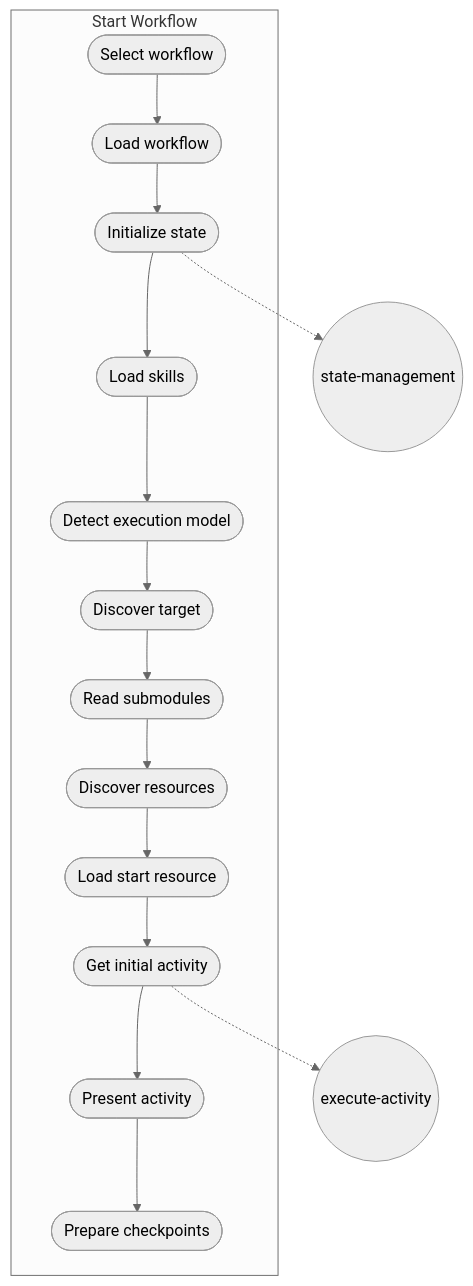
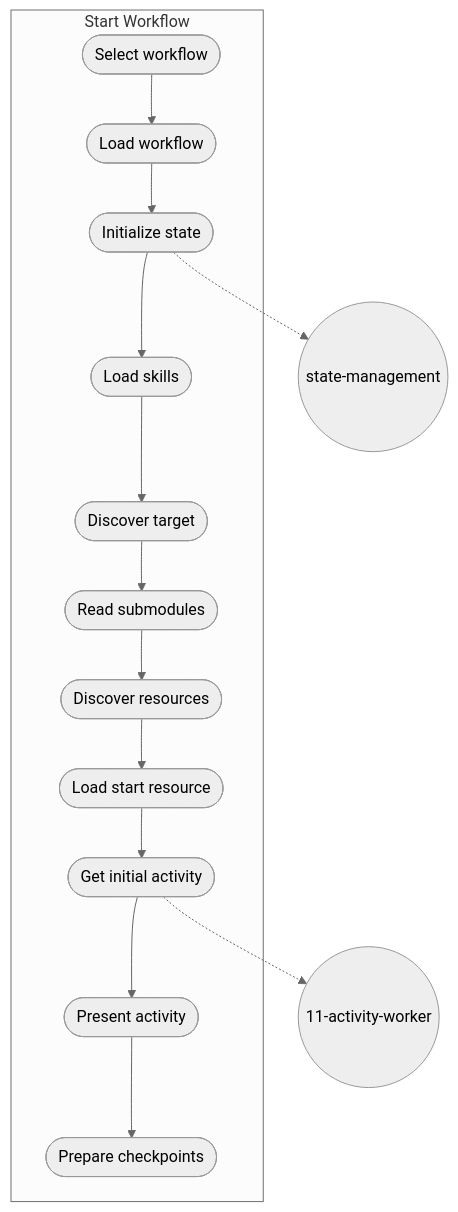
Before and after one commit to m2ux/workflow-server: the third of 5 diagrams in meta/README.md, drawn with Mermaid (neutral theme). The commit also changed other lines of this file and 210 other files, not shown here.

````diff
--- a/meta/README.md
+++ b/meta/README.md
@@ -44,25 +91,24 @@
 ```mermaid
 graph TD
     subgraph start-workflow[Start Workflow]
         s1([Select workflow])
         s2([Load workflow])
         s3([Initialize state])
         s4([Load skills])
-        s5([Detect execution model])
-        s6([Discover target])
-        s7([Read submodules])
-        s8([Discover resources])
-        s9([Load start resource])
-        s10([Get initial activity])
-        s11([Present activity])
-        s12([Prepare checkpoints])
+        s5([Discover target])
+        s6([Read submodules])
+        s7([Discover resources])
+        s8([Load start resource])
+        s9([Get initial activity])
+        s10([Present activity])
+        s11([Prepare checkpoints])
         
-        s1 --> s2 --> s3 --> s4 --> s5 --> s6 --> s7 --> s8 --> s9 --> s10 --> s11 --> s12
+        s1 --> s2 --> s3 --> s4 --> s5 --> s6 --> s7 --> s8 --> s9 --> s10 --> s11
     end
     
-    skill1((execute-activity))
+    skill1((11-activity-worker))
     skill3((state-management))
     
     s3 -.-> skill3
-    s10 -.-> skill1
+    s9 -.-> skill1
 ```
````
